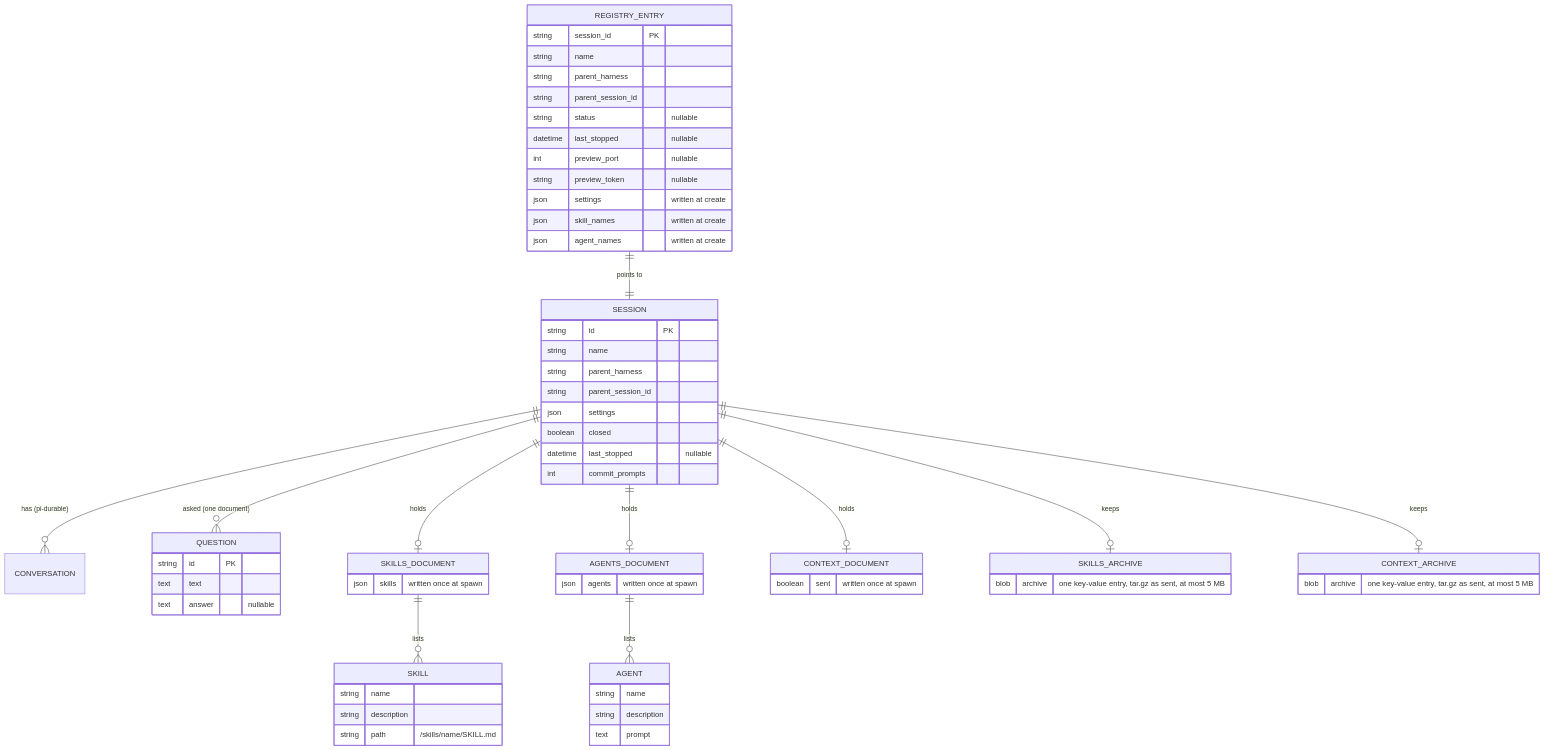
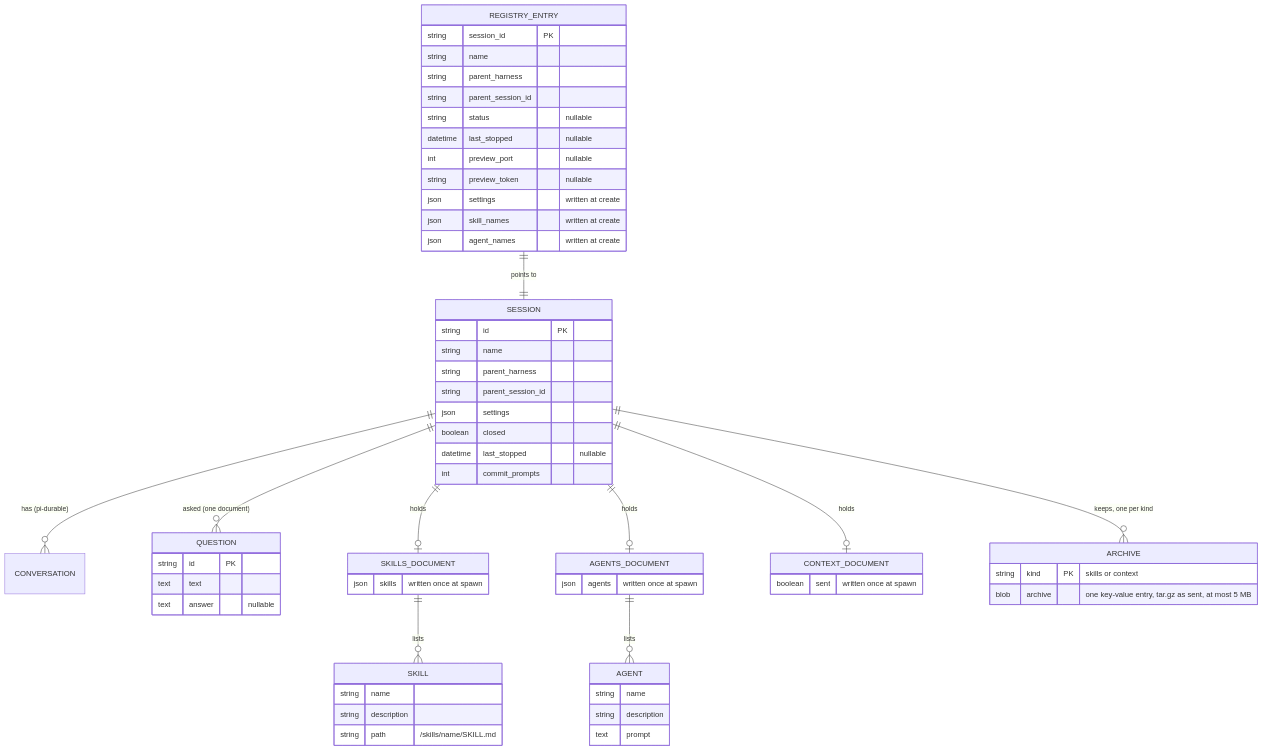
Before and after one commit to asermax/tentacles: the second of 9 diagrams in docs/technical-design/sessions.md, drawn with Mermaid. The commit also changed other lines of this file and 5 other files, not shown here.

Commit message:
docs: describe the archive kinds, the archive store and context files

````diff
--- a/docs/technical-design/sessions.md
+++ b/docs/technical-design/sessions.md
@@ -63,66 +63,63 @@
 ```mermaid
 erDiagram
     REGISTRY_ENTRY ||--|| SESSION : "points to"
     SESSION ||--o{ CONVERSATION : "has (pi-durable)"
     SESSION ||--o{ QUESTION : "asked (one document)"
     SESSION ||--o| SKILLS_DOCUMENT : "holds"
     SESSION ||--o| AGENTS_DOCUMENT : "holds"
     SESSION ||--o| CONTEXT_DOCUMENT : "holds"
-    SESSION ||--o| SKILLS_ARCHIVE : "keeps"
-    SESSION ||--o| CONTEXT_ARCHIVE : "keeps"
+    SESSION ||--o{ ARCHIVE : "keeps, one per kind"
     SKILLS_DOCUMENT ||--o{ SKILL : "lists"
     AGENTS_DOCUMENT ||--o{ AGENT : "lists"
     REGISTRY_ENTRY {
         string session_id PK
         string name
         string parent_harness
         string parent_session_id
         string status "nullable"
         datetime last_stopped "nullable"
         int preview_port "nullable"
         string preview_token "nullable"
         json settings "written at create"
         json skill_names "written at create"
         json agent_names "written at create"
     }
     SESSION {
         string id PK
         string name
         string parent_harness
         string parent_session_id
         json settings
         boolean closed
         datetime last_stopped "nullable"
         int commit_prompts
     }
     QUESTION {
         string id PK
         text text
         text answer "nullable"
     }
     SKILLS_DOCUMENT {
         json skills "written once at spawn"
     }
     AGENTS_DOCUMENT {
         json agents "written once at spawn"
     }
     CONTEXT_DOCUMENT {
         boolean sent "written once at spawn"
     }
     SKILL {
         string name
         string description
         string path "/skills/name/SKILL.md"
     }
     AGENT {
         string name
         string description
         text prompt
     }
-    SKILLS_ARCHIVE {
-        blob archive "one key-value entry, tar.gz as sent, at most 5 MB"
-    }
-    CONTEXT_ARCHIVE {
+    ARCHIVE {
+        string kind PK "skills or context"
         blob archive "one key-value entry, tar.gz as sent, at most 5 MB"
     }
 ```
````
